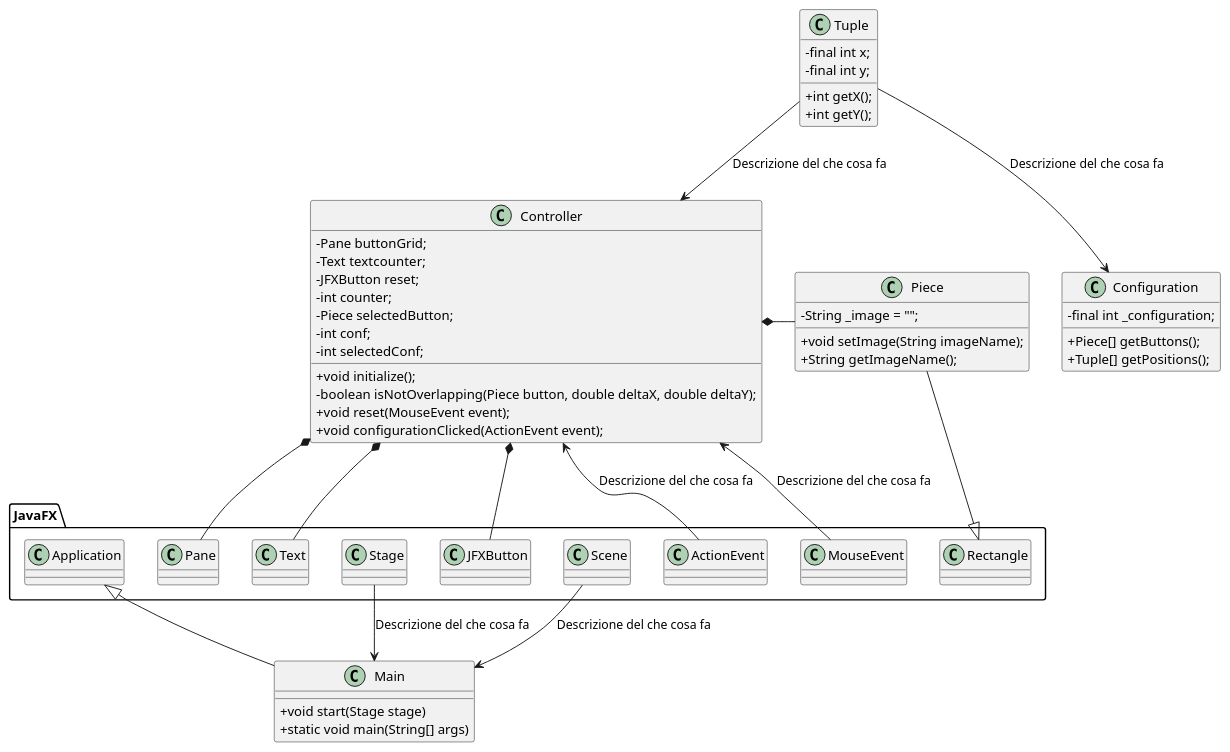
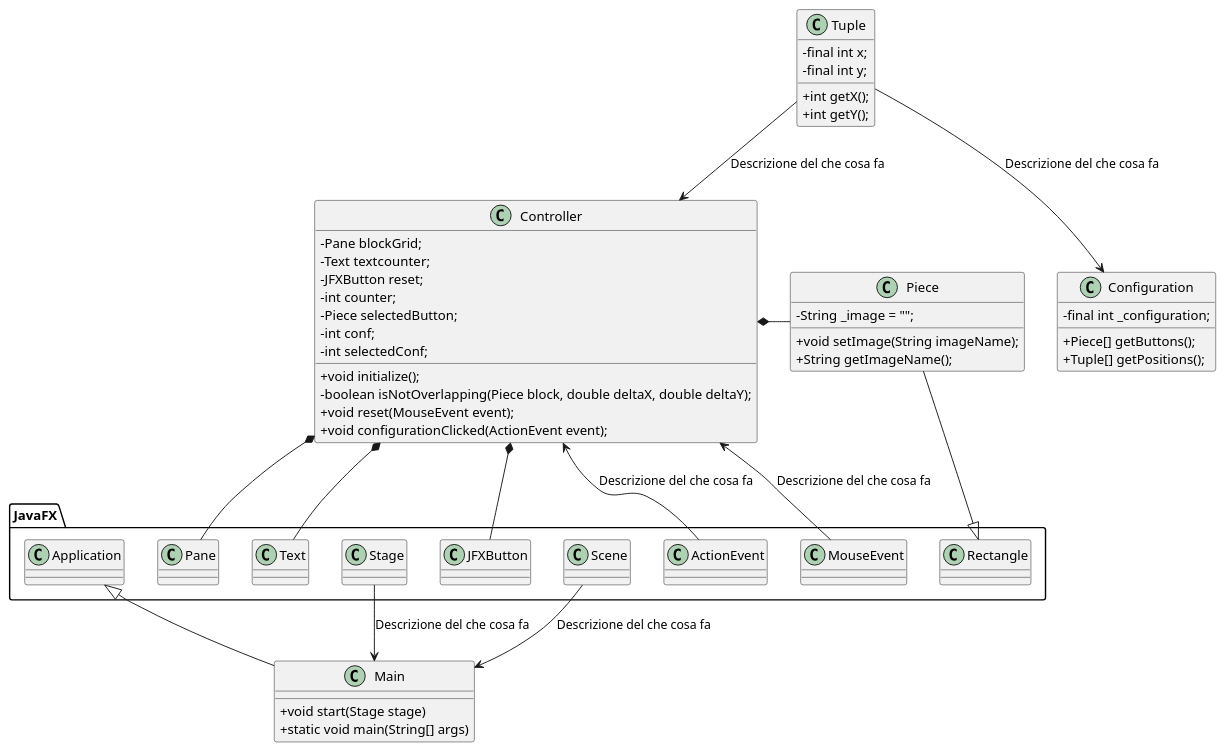
One commit to bellins14/klotski_gruppo2 changed the first of 2 diagrams in docs/Class_Diagram.md. Above: the diagram before and after it, drawn with PlantUML. The commit also changed 3 other files, not shown here.

Commit message:
sostituzione `button` con `block`

```diff
--- a/docs/Class_Diagram.md
+++ b/docs/Class_Diagram.md
@@ -12,7 +12,7 @@
 }
 
 Class Controller{
-  - Pane buttonGrid;
+  - Pane blockGrid;
   - Text textcounter;
   - JFXButton reset;
   - int counter;
@@ -20,7 +20,7 @@
   - int conf;
   - int selectedConf;
   + void initialize();
-  - boolean isNotOverlapping(Piece button, double deltaX, double deltaY); 
+  - boolean isNotOverlapping(Piece block, double deltaX, double deltaY); 
   + void reset(MouseEvent event);
   + void configurationClicked(ActionEvent event);
 }
```
